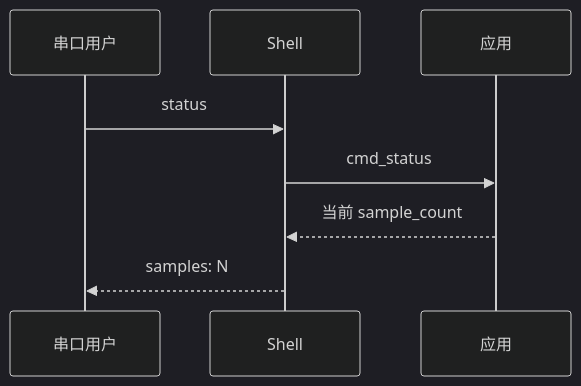
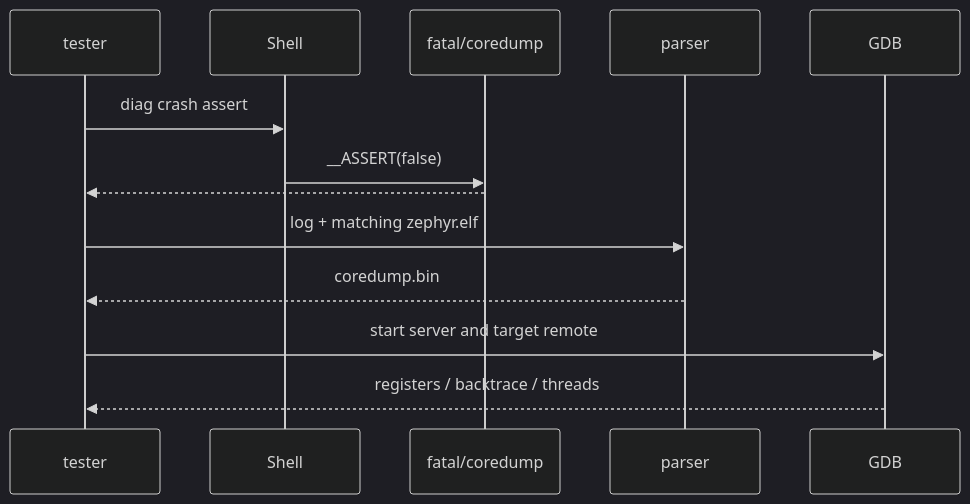
The second of 2 diagrams in docs/articles/zephyr/zephyr-18-logging-shell-debug.md (cdragon-ljl/EEandEdgeAI), drawn with Mermaid (dark theme) before and after one commit. The commit also changed other lines of this file and 35 other files, not shown here.

````diff
--- a/docs/articles/zephyr/zephyr-18-logging-shell-debug.md
+++ b/docs/articles/zephyr/zephyr-18-logging-shell-debug.md
@@ -71,10 +361,15 @@
 ```mermaid
 sequenceDiagram
-    participant U as 串口用户
+    participant U as tester
     participant S as Shell
-    participant A as 应用
-    U->>S: status
-    S->>A: cmd_status
-    A-->>S: 当前 sample_count
-    S-->>U: samples: N
+    participant F as fatal/coredump
+    participant P as parser
+    participant G as GDB
+    U->>S: diag crash assert
+    S->>F: __ASSERT(false)
+    F-->>U: #CD:BEGIN# ... #CD:END#
+    U->>P: log + matching zephyr.elf
+    P-->>U: coredump.bin
+    U->>G: start server and target remote
+    G-->>U: registers / backtrace / threads
 ```
````
